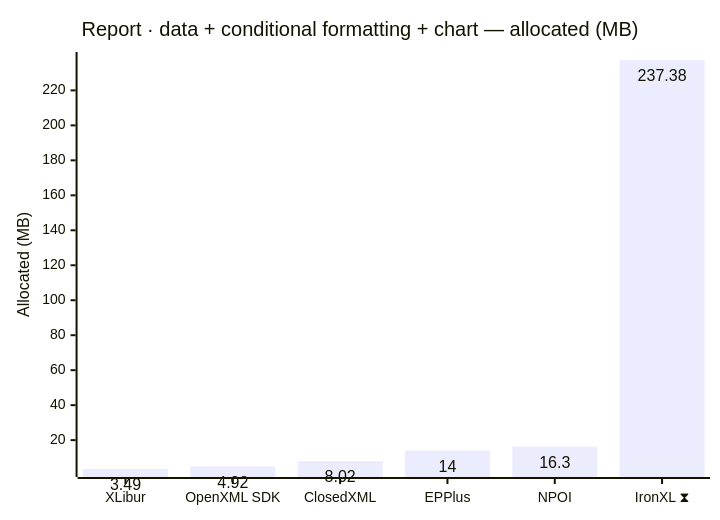
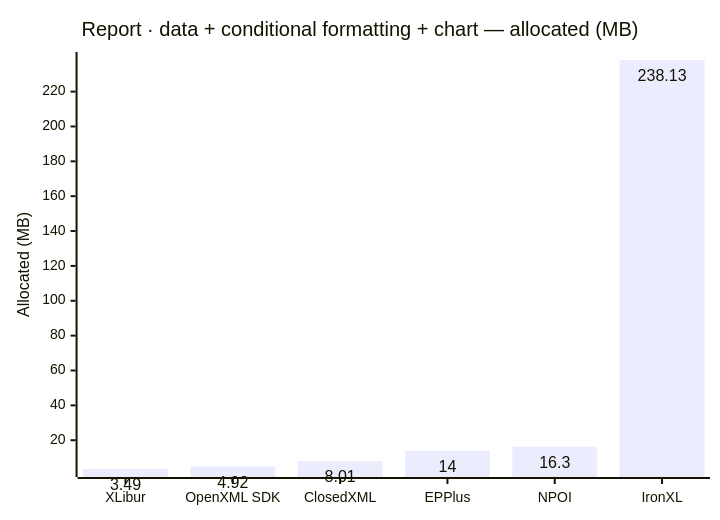
The eighth of 12 diagrams in docs/results.md (jafin/XLBench), drawn with Mermaid before and after one commit. The commit also changed other lines of this file and 2 other files, not shown here.

````diff
--- a/docs/results.md
+++ b/docs/results.md
@@ -130,12 +126,12 @@
 ```mermaid
 ---
 config:
   xyChart:
     showDataLabel: true
 ---
 xychart-beta
     title "Report · data + conditional formatting + chart — allocated (MB)"
-    x-axis ["XLibur", "OpenXML SDK", "ClosedXML", "EPPlus", "NPOI", "IronXL ⧗"]
+    x-axis ["XLibur", "OpenXML SDK", "ClosedXML", "EPPlus", "NPOI", "IronXL"]
     y-axis "Allocated (MB)"
-    bar [3.49, 4.92, 8.02, 14, 16.3, 237.38]
+    bar [3.49, 4.92, 8.01, 14, 16.3, 238.13]
 ```
````
